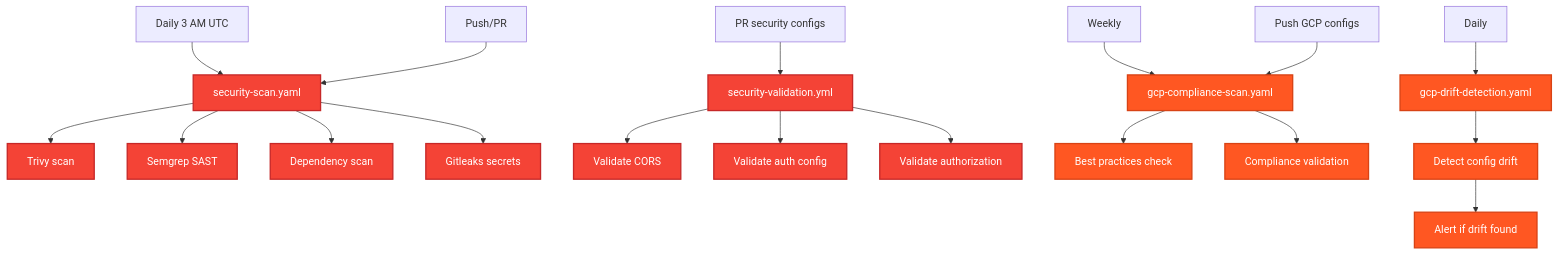
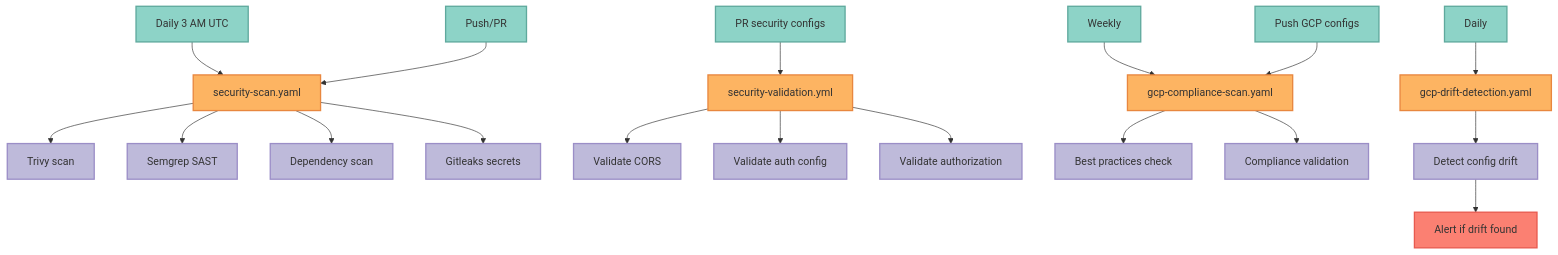
Before and after one commit to vishnu2kmohan/mcp-server-langgraph: the third of 12 diagrams in docs/development/workflow-diagram.mdx, drawn with Mermaid. The commit also changed other lines of this file and 201 other files, not shown here.

````diff
--- a/docs/development/workflow-diagram.mdx
+++ b/docs/development/workflow-diagram.mdx
@@ -106,35 +116,40 @@
 ```mermaid
-graph TD
+%% ColorBrewer2 Set3 palette - each component type uniquely colored
+flowchart TD
     %% Security Scanning
     Daily[Daily 3 AM UTC] --> SS[security-scan.yaml]
     PushPR[Push/PR] --> SS
 
     SS --> Trivy[Trivy scan]
     SS --> Semgrep[Semgrep SAST]
     SS --> DepScan[Dependency scan]
     SS --> Gitleaks[Gitleaks secrets]
 
     %% Security Validation
     PRSec[PR security configs] --> SV[security-validation.yml]
     SV --> CORS[Validate CORS]
     SV --> Auth[Validate auth config]
     SV --> AuthZ[Validate authorization]
 
     %% GCP Compliance
     Weekly[Weekly] --> GCS[gcp-compliance-scan.yaml]
     PushGCP[Push GCP configs] --> GCS
     GCS --> BP[Best practices check]
     GCS --> Compliance[Compliance validation]
 
     %% GCP Drift
     Daily2[Daily] --> GDD[gcp-drift-detection.yaml]
     GDD --> Drift[Detect config drift]
     Drift --> Alert[Alert if drift found]
 
-    %% Styling
-    classDef securityFlow fill:#F44336,stroke:#C62828,stroke-width:2px,color:#fff
-    classDef complianceFlow fill:#FF5722,stroke:#D84315,stroke-width:2px,color:#fff
+    %% ColorBrewer Set3 Styling
+    classDef clientStyle fill:#8dd3c7,stroke:#5fa99d,stroke-width:2px,color:#333
+    classDef validationStyle fill:#fdb462,stroke:#e8873f,stroke-width:2px,color:#333
+    classDef serviceStyle fill:#bebada,stroke:#9b8ec7,stroke-width:2px,color:#333
+    classDef errorStyle fill:#fb8072,stroke:#e85a4f,stroke-width:2px,color:#333
 
-    class SS,Trivy,Semgrep,DepScan,Gitleaks,SV,CORS,Auth,AuthZ securityFlow
-    class GCS,BP,Compliance,GDD,Drift,Alert complianceFlow
+    class Daily,PushPR,PRSec,Weekly,PushGCP,Daily2 clientStyle
+    class SS,SV,GCS,GDD validationStyle
+    class Trivy,Semgrep,DepScan,Gitleaks,CORS,Auth,AuthZ,BP,Compliance,Drift serviceStyle
+    class Alert errorStyle
 ```
````
